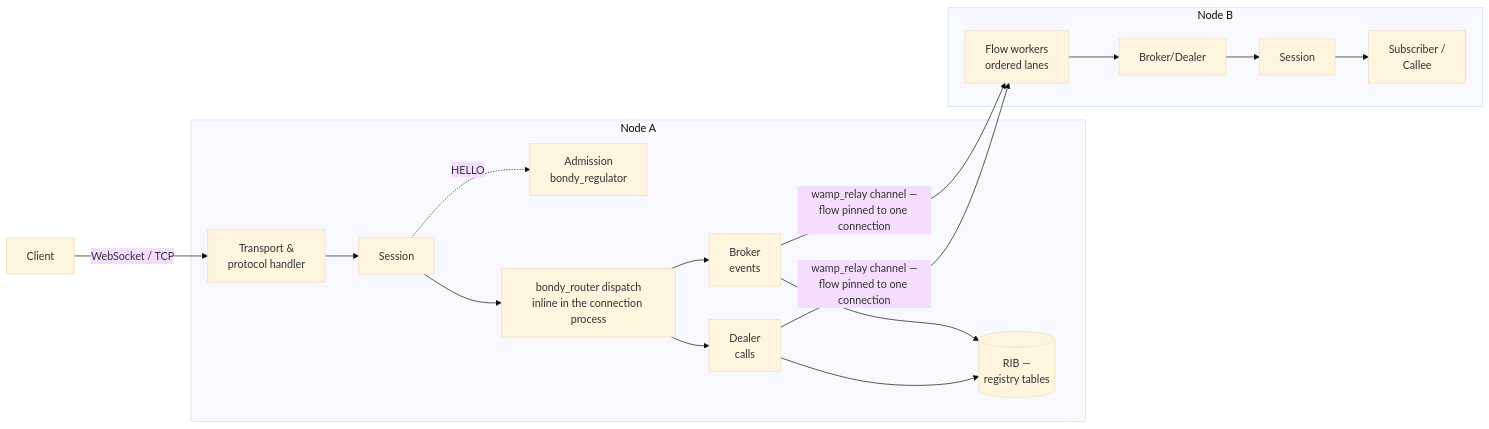
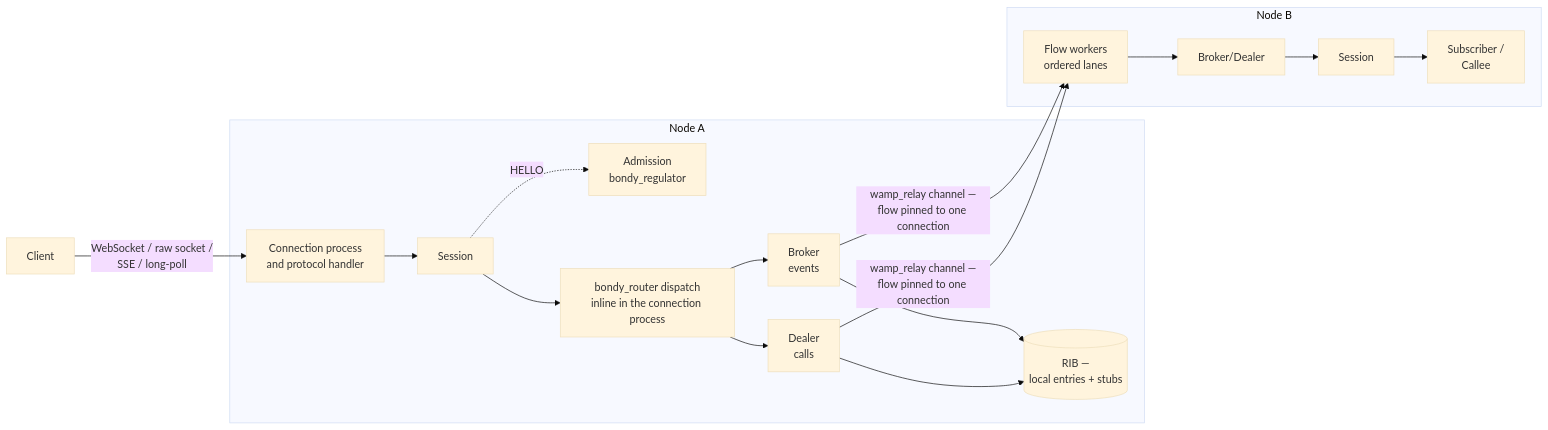
Before and after one commit to bondy-io/bondy: the first of 2 diagrams in doc/guides/architecture/view_routing_plane.md, drawn with Mermaid (base theme). The commit also changed other lines of this file and 449 other files, not shown here.

````diff
--- a/doc/guides/architecture/view_routing_plane.md
+++ b/doc/guides/architecture/view_routing_plane.md
@@ -11,24 +11,24 @@
 ```mermaid
 flowchart LR
-    C[Client] -->|WebSocket / TCP| T[Transport &<br/>protocol handler]
+    C[Client] -->|WebSocket / raw socket /<br/>SSE / long-poll| T[Connection process<br/>and protocol handler]
     T --> S[Session]
     subgraph Node A
         T
         S
         ADM[Admission<br/>bondy_regulator]
         S -.->|HELLO| ADM
         S --> R[bondy_router dispatch<br/>inline in the connection process]
         R --> BR[Broker<br/>events]
         R --> DL[Dealer<br/>calls]
-        BR --> RIB[("RIB —<br/>registry tables")]
+        BR --> RIB[("RIB —<br/>local entries + stubs")]
         DL --> RIB
     end
     subgraph Node B
         W2[Flow workers<br/>ordered lanes]
         BR2[Broker/Dealer]
         S2[Session] --> C2[Subscriber /<br/>Callee]
         W2 --> BR2 --> S2
     end
     BR -->|wamp_relay channel —<br/>flow pinned to one connection| W2
     DL -->|wamp_relay channel —<br/>flow pinned to one connection| W2
 ```
````
